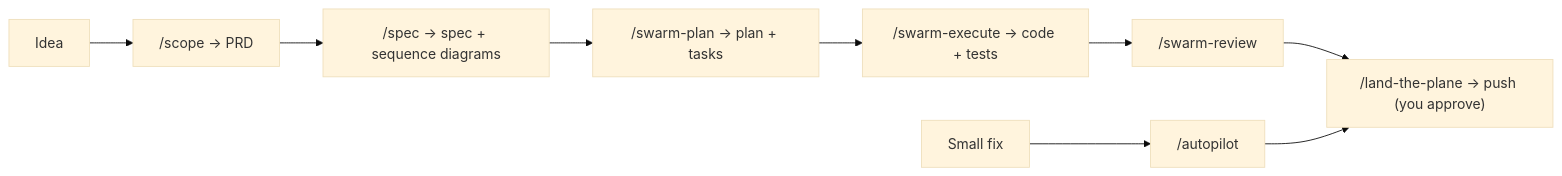
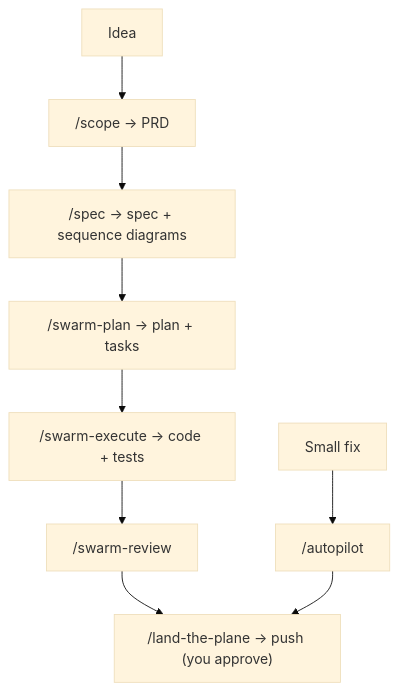
One commit to nguyenhuuca/agentic-sdlc changed the diagram in docs/concepts/overview.md. Above: the diagram before and after it, drawn with Mermaid (base theme). The commit also changed 10 other files, not shown here.

````diff
--- a/docs/concepts/overview.md
+++ b/docs/concepts/overview.md
@@ -19,11 +19,11 @@
 ```mermaid
-flowchart LR
+flowchart TD
   idea[Idea] --> scope["/scope → PRD"]
   scope --> spec["/spec → spec + sequence diagrams"]
   spec --> plan["/swarm-plan → plan + tasks"]
   plan --> exec["/swarm-execute → code + tests"]
   exec --> review["/swarm-review"]
   review --> land["/land-the-plane → push (you approve)"]
   small[Small fix] --> auto["/autopilot"]
   auto --> land
 ```
````
